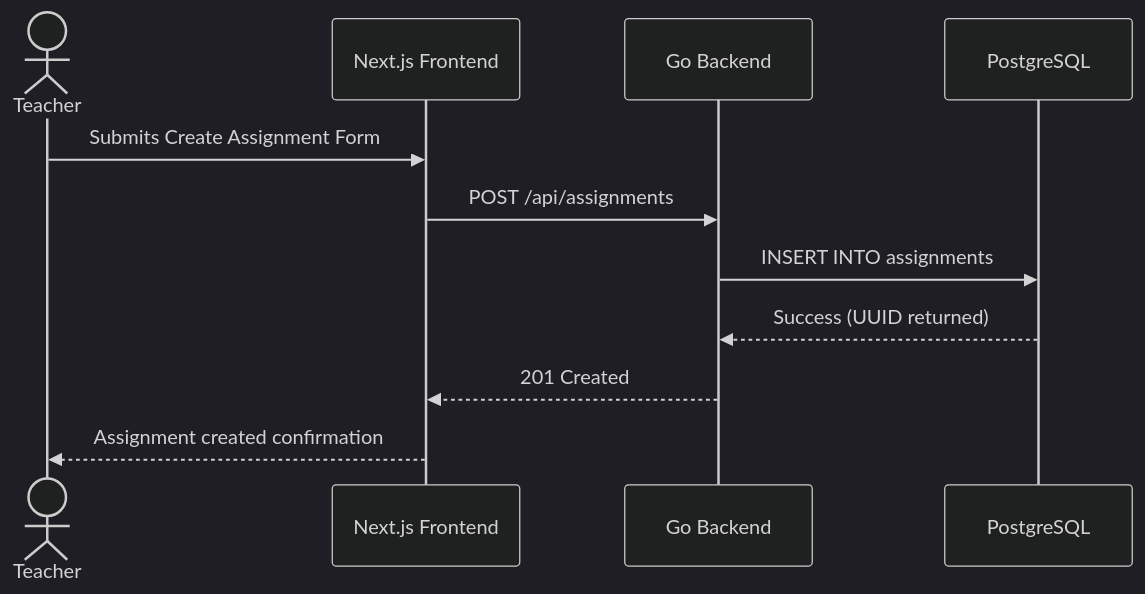
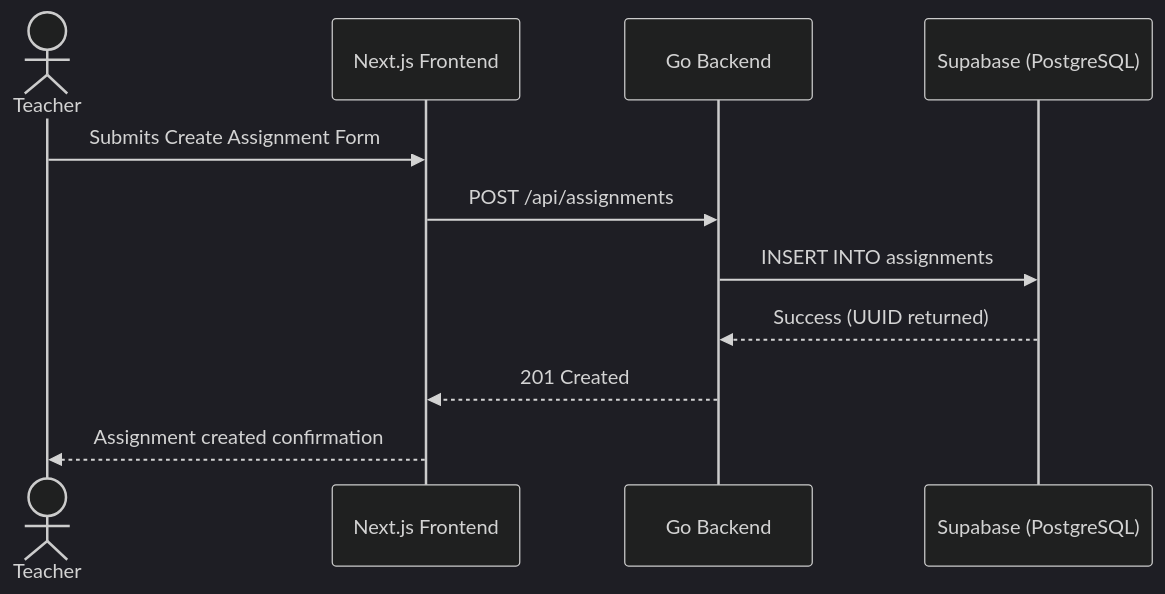
Before and after one commit to JosephGabrie/cen5064-project-JosephGabrie: the fourth of 4 diagrams in README.md, drawn with Mermaid (dark theme). The commit also changed other lines of this file and 1 other file, not shown here.

Commit message:
docs: add ADR-002 for Supabase data storage and update 4-tier breakdown table

````diff
--- a/README.md
+++ b/README.md
@@ -159,14 +159,14 @@
 ```mermaid
 %% Sequence diagram: ONE core use case, end to end.
 sequenceDiagram
     actor T as Teacher
     participant UI as Next.js Frontend
     participant S as Go Backend
-    participant D as PostgreSQL
+    participant D as Supabase (PostgreSQL)
     T->>UI: Submits Create Assignment Form
     UI->>S: POST /api/assignments
     S->>D: INSERT INTO assignments
     D-->>S: Success (UUID returned)
     S-->>UI: 201 Created
     UI-->>T: Assignment created confirmation
 ```
````
